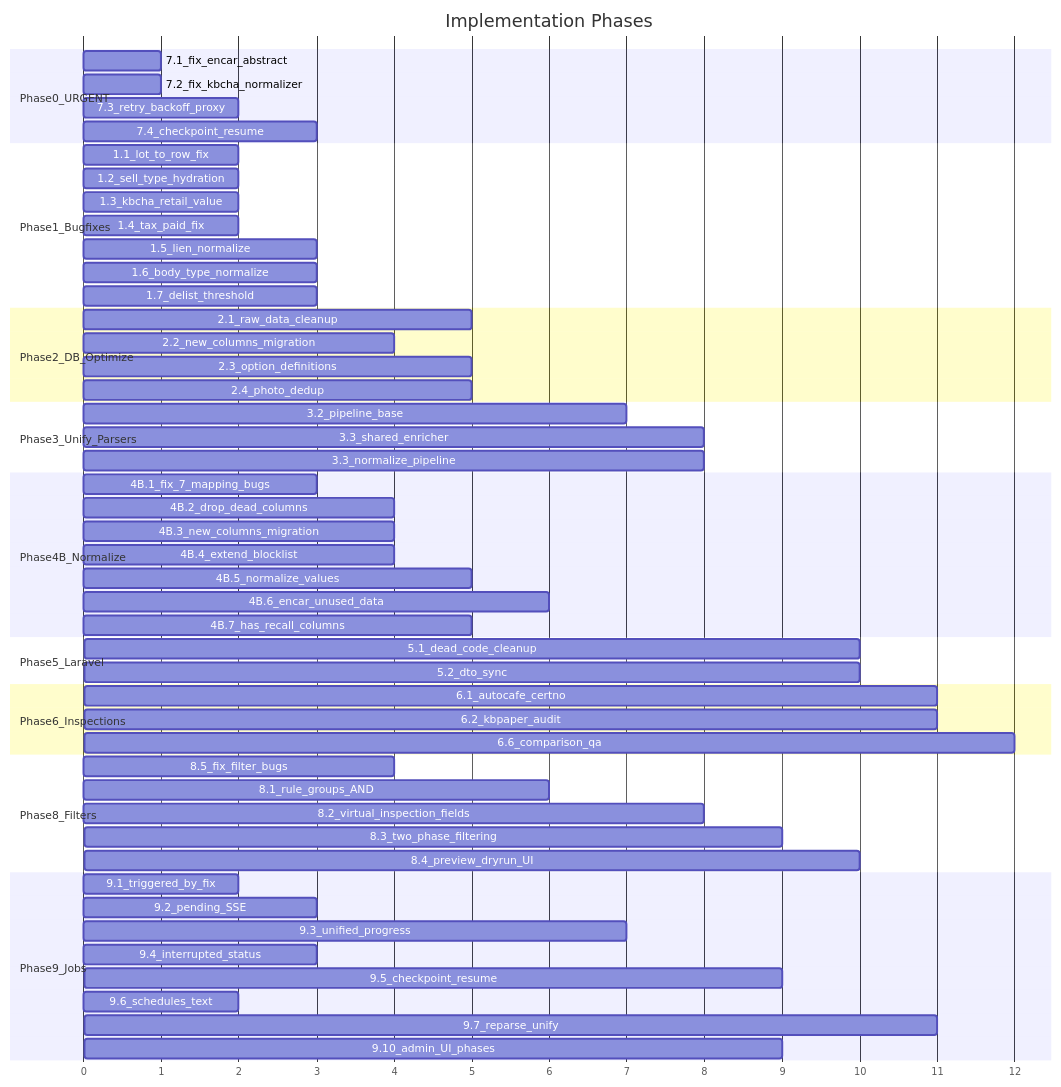
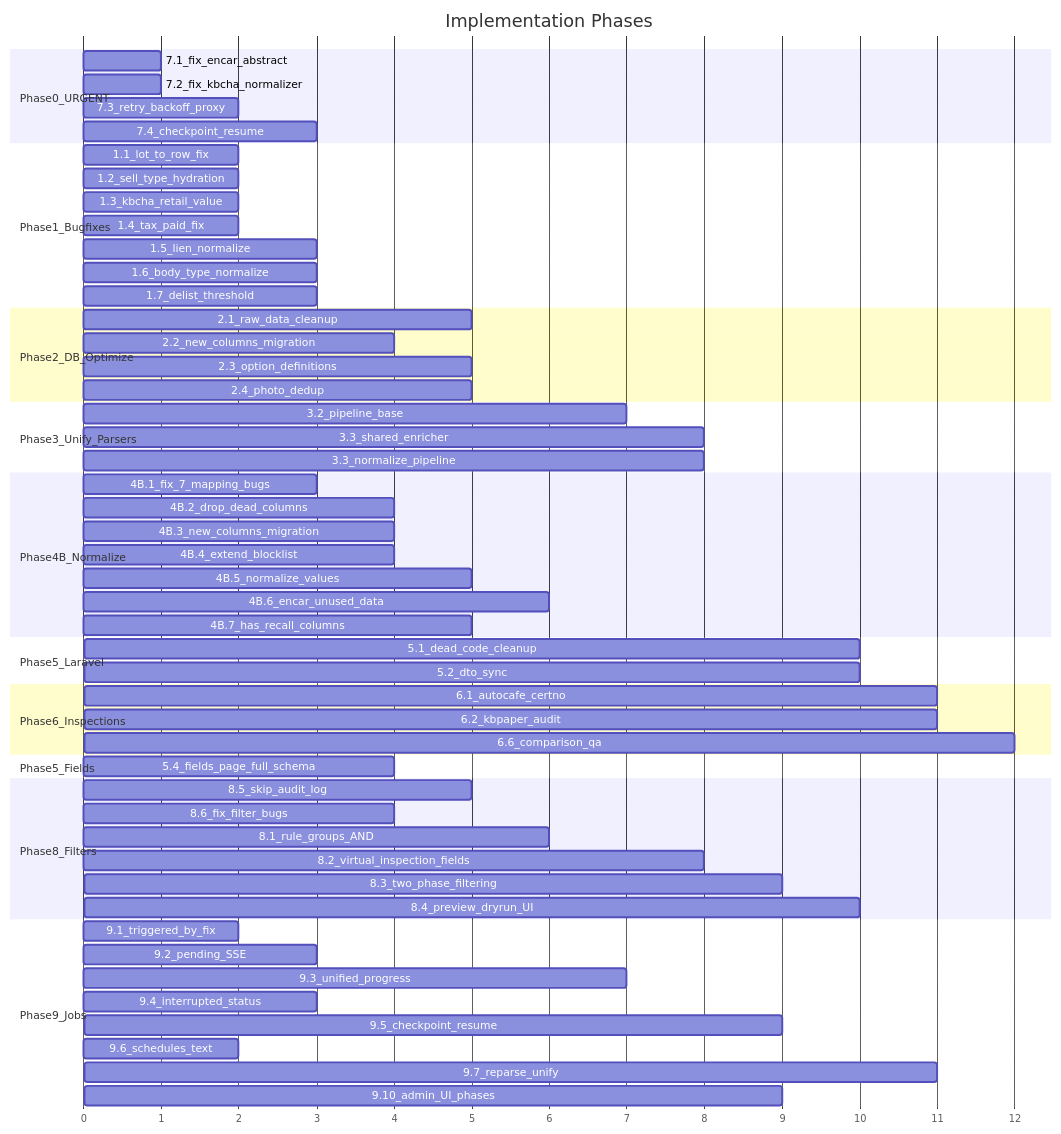
The seventh of 7 diagrams in PLAN_V3.md (ArtyomKoshel/carbotacrchi), drawn with Mermaid before and after one commit. The commit also changed other lines of this file and 7 other files, not shown here.

````diff
--- a/PLAN_V3.md
+++ b/PLAN_V3.md
@@ -821,58 +879,61 @@
 ```mermaid
 gantt
     title Implementation Phases
     dateFormat X
     axisFormat %s
     section Phase0_URGENT
     7.1_fix_encar_abstract      :0, 1
     7.2_fix_kbcha_normalizer    :0, 1
     7.3_retry_backoff_proxy     :1, 2
     7.4_checkpoint_resume       :2, 3
     section Phase1_Bugfixes
     1.1_lot_to_row_fix          :1, 2
     1.2_sell_type_hydration     :1, 2
     1.3_kbcha_retail_value      :1, 2
     1.4_tax_paid_fix            :1, 2
     1.5_lien_normalize          :2, 3
     1.6_body_type_normalize     :2, 3
     1.7_delist_threshold        :2, 3
     section Phase2_DB_Optimize
     2.1_raw_data_cleanup        :3, 5
     2.2_new_columns_migration   :3, 4
     2.3_option_definitions      :4, 5
     2.4_photo_dedup             :4, 5
     section Phase3_Unify_Parsers
     3.2_pipeline_base           :5, 7
     3.3_shared_enricher         :6, 8
     3.3_normalize_pipeline      :6, 8
     section Phase4B_Normalize
     4B.1_fix_7_mapping_bugs     :1, 3
     4B.2_drop_dead_columns      :3, 4
     4B.3_new_columns_migration  :3, 4
     4B.4_extend_blocklist       :3, 4
     4B.5_normalize_values       :4, 5
     4B.6_encar_unused_data      :5, 6
     4B.7_has_recall_columns     :4, 5
     section Phase5_Laravel
     5.1_dead_code_cleanup       :9, 10
     5.2_dto_sync                :9, 10
     section Phase6_Inspections
     6.1_autocafe_certno         :10, 11
     6.2_kbpaper_audit           :10, 11
     6.6_comparison_qa           :11, 12
+    section Phase5_Fields
+    5.4_fields_page_full_schema :3, 4
     section Phase8_Filters
-    8.5_fix_filter_bugs         :3, 4
+    8.5_skip_audit_log          :3, 5
+    8.6_fix_filter_bugs         :3, 4
     8.1_rule_groups_AND         :4, 6
     8.2_virtual_inspection_fields:6, 8
     8.3_two_phase_filtering     :8, 9
     8.4_preview_dryrun_UI       :9, 10
     section Phase9_Jobs
     9.1_triggered_by_fix        :1, 2
     9.2_pending_SSE             :2, 3
     9.3_unified_progress        :5, 7
     9.4_interrupted_status      :2, 3
     9.5_checkpoint_resume       :7, 9
     9.6_schedules_text          :1, 2
     9.7_reparse_unify           :9, 11
     9.10_admin_UI_phases        :7, 9
 ```
````
